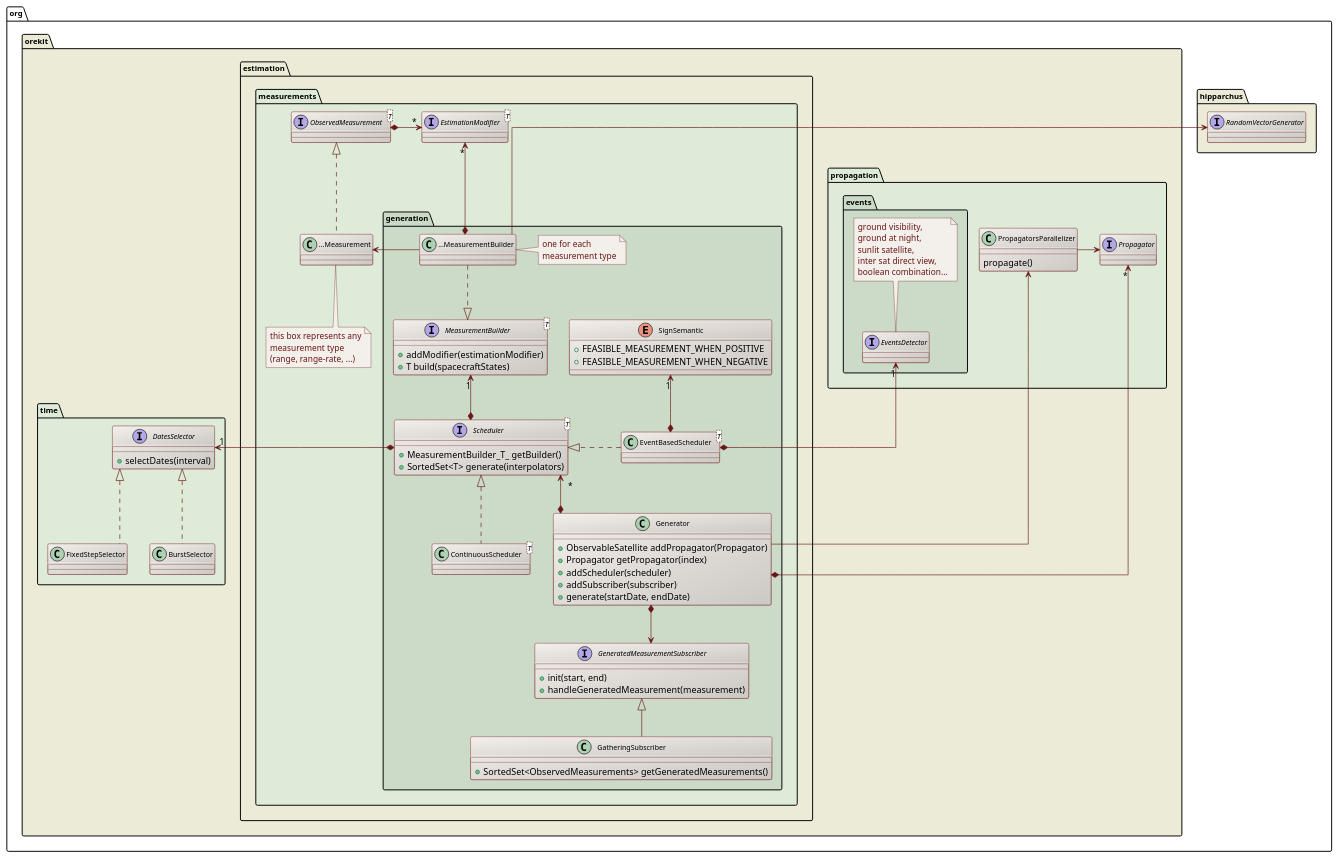
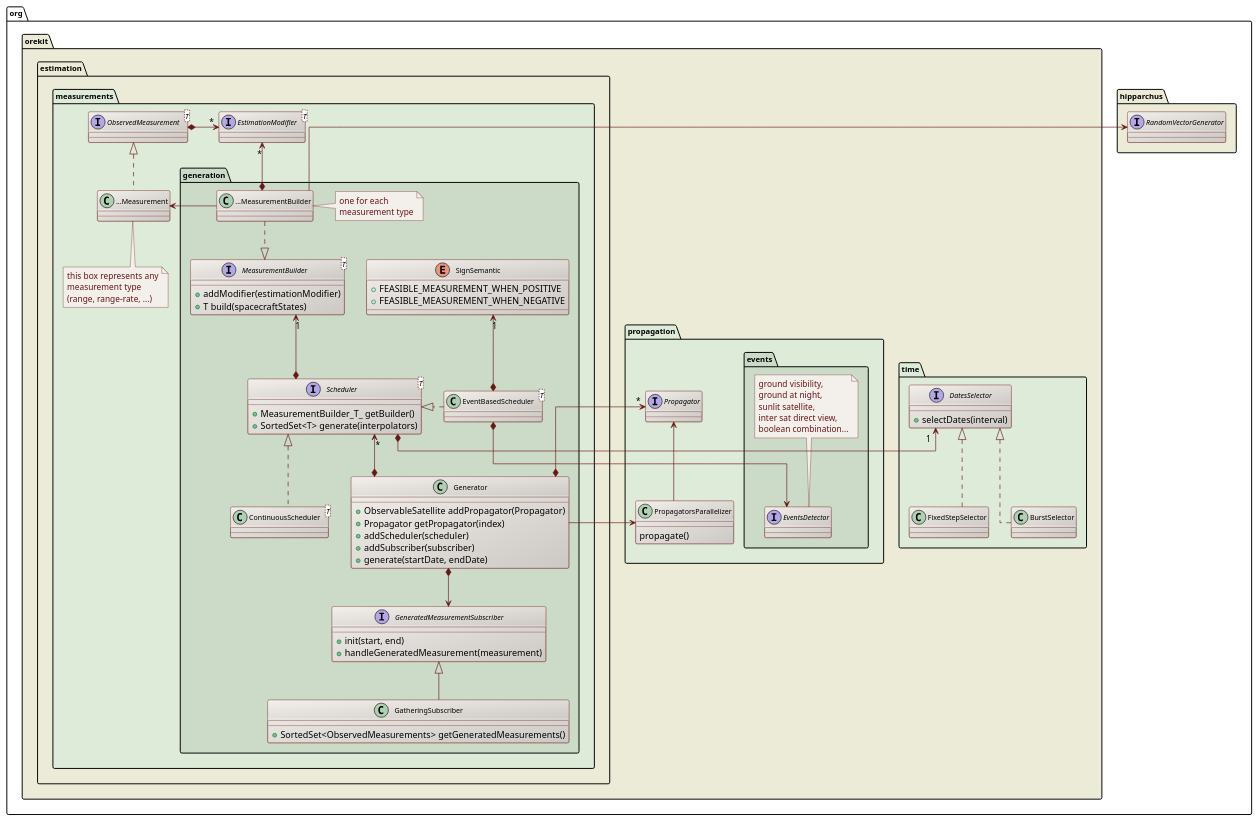
The diagram in src/design/measurements-generation-class-diagram.puml (CS-SI/Orekit), drawn with PlantUML before and after one commit. The commit also changed 1 other file, not shown here.

Commit message:
Updated diagrams.

```diff
--- a/src/design/measurements-generation-class-diagram.puml
+++ b/src/design/measurements-generation-class-diagram.puml
@@ -17,133 +17,133 @@
 @startuml
 
   skinparam svek                  true
   skinparam ClassBackgroundColor  #F3EFEB/CCC9C5
   skinparam ClassArrowColor       #691616
   skinparam ClassBorderColor      #691616
   skinparam NoteBackgroundColor   #F3EFEB
   skinparam NoteBorderColor       #691616
   skinparam NoteFontColor         #691616
   skinparam ClassFontSize         11
   skinparam PackageFontSize       12
   skinparam linetype              ortho
 
   package org.hipparchus #ECEBD8 {
       interface RandomVectorGenerator
   }
 
   package org.orekit #ECEBD8 {
 
     package propagation #DDEBD8 {
 
       package events #CBDBC8 {
         interface EventsDetector
         note top
           ground visibility,
           ground at night,
           sunlit satellite,
           inter sat direct view,
           boolean combination...
         end note
       }
 
       interface Propagator
       class PropagatorsParallelizer {
         propagate()
       }
-      Propagator <-left- PropagatorsParallelizer
+      Propagator <-- PropagatorsParallelizer
 
     }
 
     package time #DDEBD8 {
         interface DatesSelector {
           +selectDates(interval)
         }
         class FixedStepSelector
         class BurstSelector
 
 
         DatesSelector <|.. FixedStepSelector
         DatesSelector <|.. BurstSelector
     }
 
     package estimation.measurements #DDEBD8 {
 
       package generation #CBDBC8 {
 
         interface "MeasurementBuilder<T>" as MeasurementBuilder_T_ {
           +addModifier(estimationModifier)
           +T build(spacecraftStates)
         }
 
         class "...MeasurementBuilder" as XXXMeasurementBuilder
         note right
           one for each
           measurement type
         end note
 
         class Generator {
           +ObservableSatellite addPropagator(Propagator)
           +Propagator getPropagator(index)
           +addScheduler(scheduler)
           +addSubscriber(subscriber)
           +generate(startDate, endDate)
         }
 
         enum SignSemantic {
           +FEASIBLE_MEASUREMENT_WHEN_POSITIVE
           +FEASIBLE_MEASUREMENT_WHEN_NEGATIVE
         }
         class "EventBasedScheduler<T>" as EventBasedScheduler_T_
         class "ContinuousScheduler<T>" as ContinuousScheduler_T_
 
         interface "Scheduler<T>" as Scheduler_T_ {
           +MeasurementBuilder_T_ getBuilder()
           +SortedSet<T> generate(interpolators)
         }
 
         interface GeneratedMeasurementSubscriber {
           +init(start, end)
           +handleGeneratedMeasurement(measurement)
         }
 
         class GatheringSubscriber {
           +SortedSet<ObservedMeasurements> getGeneratedMeasurements()
         }
 
         XXXMeasurementBuilder       ..|>          MeasurementBuilder_T_
         MeasurementBuilder_T_ "1" <--* Scheduler_T_
         RandomVectorGenerator <-- XXXMeasurementBuilder
         SignSemantic "1" <--* EventBasedScheduler_T_
         Scheduler_T_ <|.left. EventBasedScheduler_T_
         Scheduler_T_ <|.. ContinuousScheduler_T_
         Scheduler_T_ "*" <--* Generator
         Generator *--> GeneratedMeasurementSubscriber
         GeneratedMeasurementSubscriber <|-- GatheringSubscriber
-        EventsDetector "1" <--* EventBasedScheduler_T_
+        EventBasedScheduler_T_ *--> EventsDetector
   
-        PropagatorsParallelizer <-- Generator
+        Generator --> PropagatorsParallelizer
         Propagator "*" <--* Generator
 
       }
 
       interface "EstimationModifier<T>" as EstimationModifier_T_
       interface "ObservedMeasurement<T>" as ObservedMeasurement_T_
       class "...Measurement" as XXXMeasurement
       note bottom
         this box represents any
         measurement type
         (range, range-rate, ...)
       end note
 
  
       EstimationModifier_T_  "*" <-left-*      ObservedMeasurement_T_ 
       ObservedMeasurement_T_     <|..          XXXMeasurement
       XXXMeasurement <-left- XXXMeasurementBuilder
       EstimationModifier_T_ "*" <--* XXXMeasurementBuilder 
 
       DatesSelector "1" <-right-* Scheduler_T_
     }
 
   }
 
 @enduml
```
